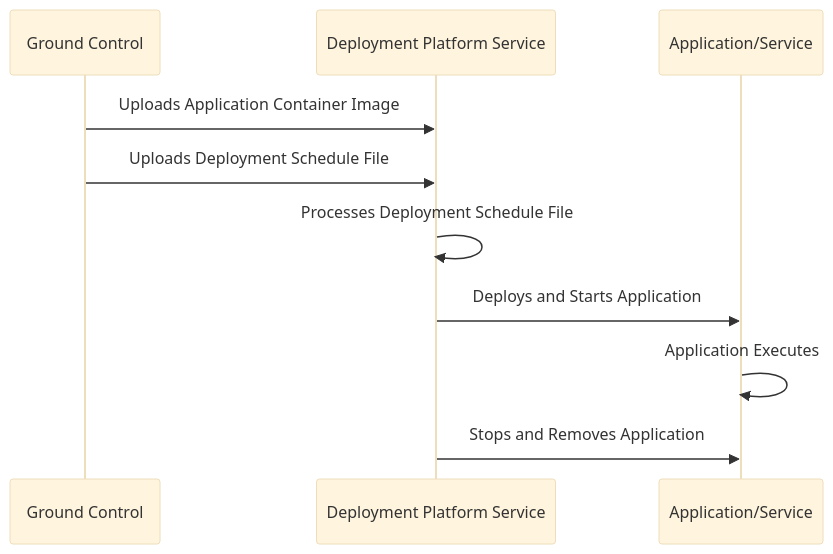
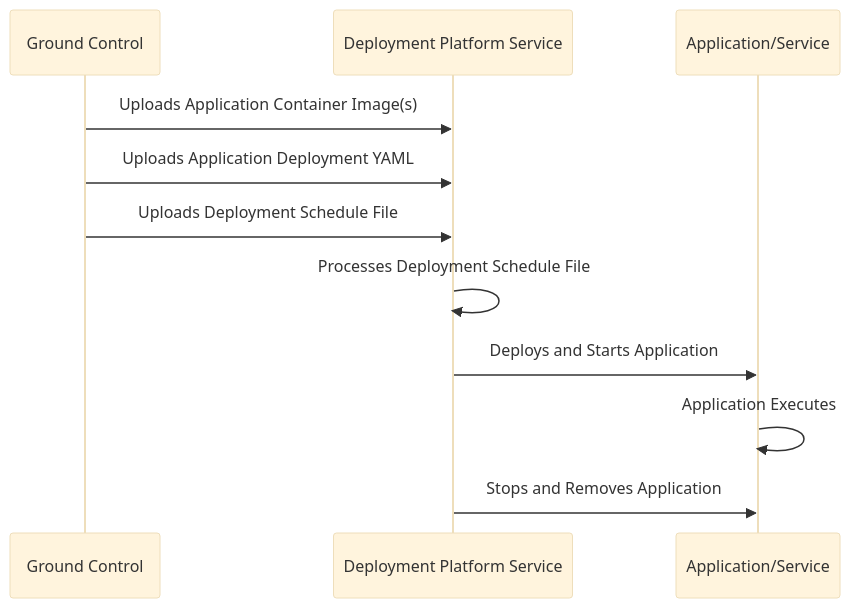
One commit to microsoft/azure-orbital-space-sdk changed the first of 2 diagrams in docs/architecture/runtime-framework/platform-services/deployment.md. Above: the diagram before and after it, drawn with Mermaid (base theme). The commit also changed other lines of this file, not shown here.

Commit message:
adds examples of deployment yamls to deployment documentation

````diff
--- a/docs/architecture/runtime-framework/platform-services/deployment.md
+++ b/docs/architecture/runtime-framework/platform-services/deployment.md
@@ -39,13 +39,14 @@
 ```mermaid
 sequenceDiagram
     participant ground as Ground Control
     participant deployment as Deployment Platform Service
     participant app as Application/Service
 
-    ground     ->> deployment: Uploads Application Container Image
+    ground     ->> deployment: Uploads Application Container Image(s)
+    ground     ->> deployment: Uploads Application Deployment YAML
     ground     ->> deployment: Uploads Deployment Schedule File
     deployment ->> deployment: Processes Deployment Schedule File
     deployment ->> app: Deploys and Starts Application
     app        ->> app: Application Executes
     deployment ->> app: Stops and Removes Application
 ```
````
